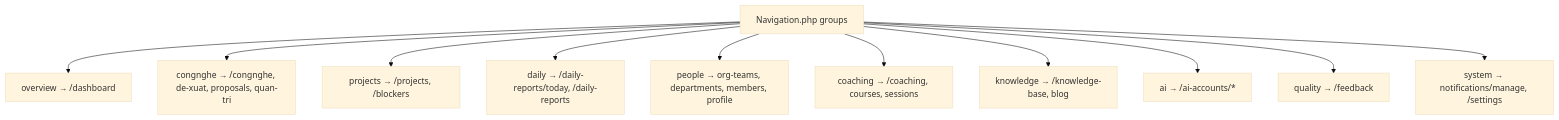
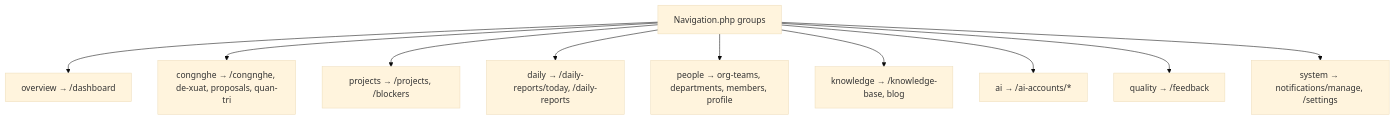
One commit to EasyToBuildWithKane/va-qlda changed the fourth of 10 diagrams in docs/FLOWS_AND_DOCS_MAP.md. Above: the diagram before and after it, drawn with Mermaid (base theme). The commit also changed other lines of this file and 149 other files, not shown here.

````diff
--- a/docs/FLOWS_AND_DOCS_MAP.md
+++ b/docs/FLOWS_AND_DOCS_MAP.md
@@ -115,14 +116,13 @@
 ```mermaid
 flowchart TB
   NAV[Navigation.php groups]
   NAV --> O[overview → /dashboard]
   NAV --> CN[congnghe → /congnghe, de-xuat, proposals, quan-tri]
   NAV --> PJ[projects → /projects, /blockers]
   NAV --> DR[daily → /daily-reports/today, /daily-reports]
   NAV --> PP[people → org-teams, departments, members, profile]
-  NAV --> CO[coaching → /coaching, courses, sessions]
   NAV --> KN[knowledge → /knowledge-base, blog]
   NAV --> AI[ai → /ai-accounts/*]
   NAV --> QL[quality → /feedback]
   NAV --> SY[system → notifications/manage, /settings]
 ```
````
